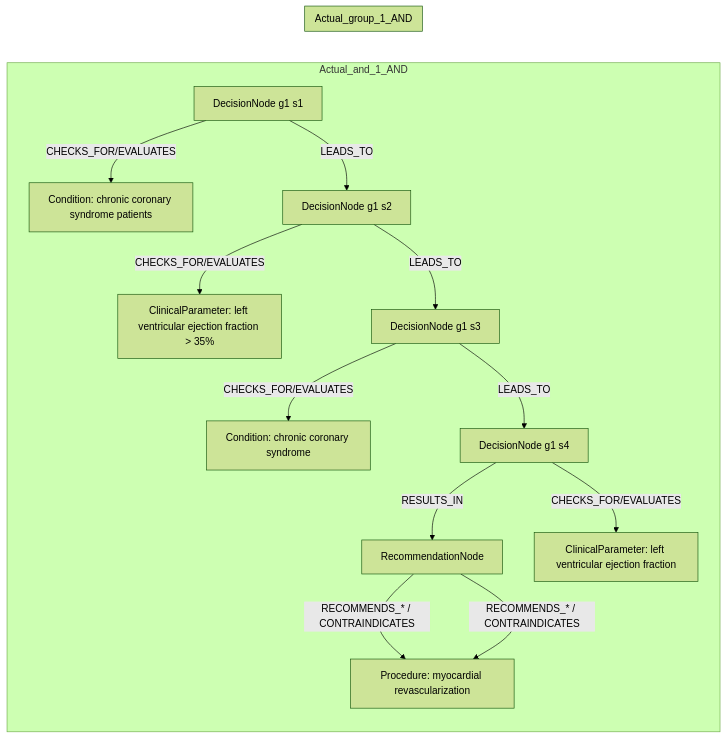
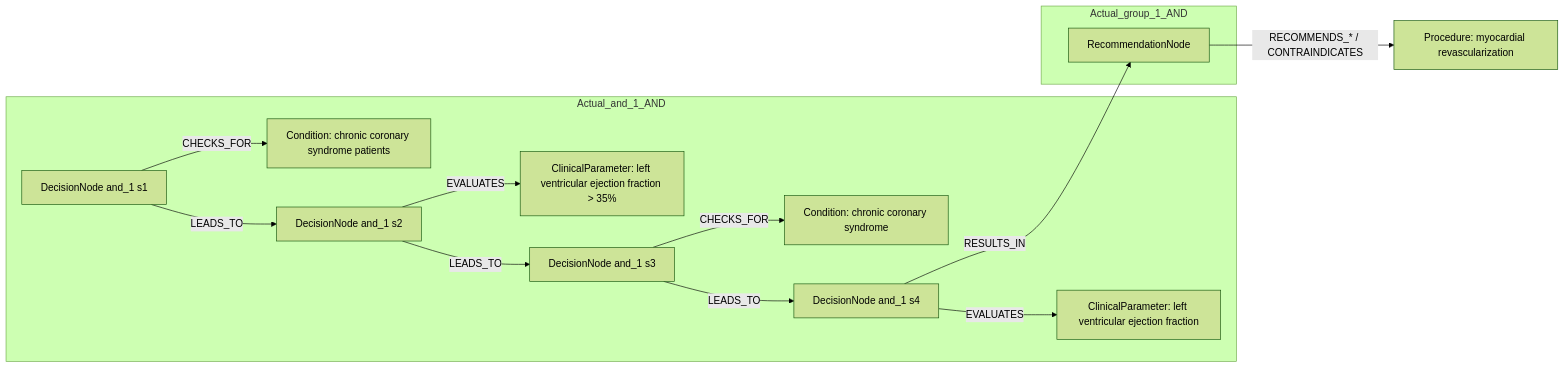
Before and after one commit to dieterich-lab/CardioGuidelinesGraph: the second of 2 diagrams in docs/table22_rows/row_08.md, drawn with Mermaid (forest theme). The commit also changed other lines of this file and 18 other files, not shown here.

Commit message:
Update mermaid diagrams.

````diff
--- a/docs/table22_rows/row_08.md
+++ b/docs/table22_rows/row_08.md
@@ -237,30 +228,27 @@
 ```mermaid
 graph LR
+  REC[RecommendationNode]
+  ACT1[Procedure: myocardial revascularization]
+  REC -->|RECOMMENDS_* / CONTRAINDICATES| ACT1
   subgraph Actual_and_1_AND
-    REC[RecommendationNode]
-    D1[DecisionNode g1 s1]
-    C1[Condition: chronic coronary syndrome patients]
-    D1 -->|CHECKS_FOR/EVALUATES| C1
-    D2[DecisionNode g1 s2]
-    C2[ClinicalParameter: left ventricular ejection fraction > 35%]
-    D2 -->|CHECKS_FOR/EVALUATES| C2
-    D3[DecisionNode g1 s3]
-    C3[Condition: chronic coronary syndrome]
-    D3 -->|CHECKS_FOR/EVALUATES| C3
-    D4[DecisionNode g1 s4]
-    C4[ClinicalParameter: left ventricular ejection fraction]
-    D4 -->|CHECKS_FOR/EVALUATES| C4
-    D1 -->|LEADS_TO| D2
-    D2 -->|LEADS_TO| D3
-    D3 -->|LEADS_TO| D4
-    D4 -->|RESULTS_IN| REC
-    ACT1[Procedure: myocardial revascularization]
-    REC -->|RECOMMENDS_* / CONTRAINDICATES| ACT1
+    D_and_1_1[DecisionNode and_1 s1]
+    C_and_1_1[Condition: chronic coronary syndrome patients]
+    D_and_1_1 -->|CHECKS_FOR| C_and_1_1
+    D_and_1_2[DecisionNode and_1 s2]
+    C_and_1_2[ClinicalParameter: left ventricular ejection fraction > 35%]
+    D_and_1_2 -->|EVALUATES| C_and_1_2
+    D_and_1_3[DecisionNode and_1 s3]
+    C_and_1_3[Condition: chronic coronary syndrome]
+    D_and_1_3 -->|CHECKS_FOR| C_and_1_3
+    D_and_1_4[DecisionNode and_1 s4]
+    C_and_1_4[ClinicalParameter: left ventricular ejection fraction]
+    D_and_1_4 -->|EVALUATES| C_and_1_4
+    D_and_1_1 -->|LEADS_TO| D_and_1_2
+    D_and_1_2 -->|LEADS_TO| D_and_1_3
+    D_and_1_3 -->|LEADS_TO| D_and_1_4
   end
   subgraph Actual_group_1_AND
-    REC[RecommendationNode]
     REC
-    ACT1[Procedure: myocardial revascularization]
-    REC -->|RECOMMENDS_* / CONTRAINDICATES| ACT1
   end
+  D_and_1_4 -->|RESULTS_IN| REC
 ```
````
